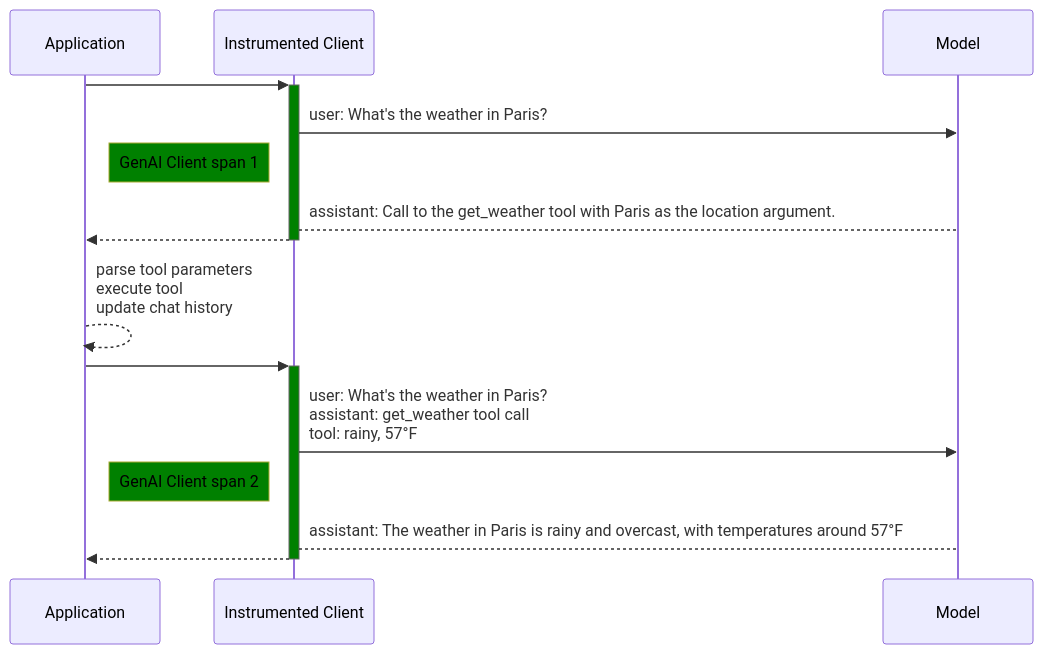
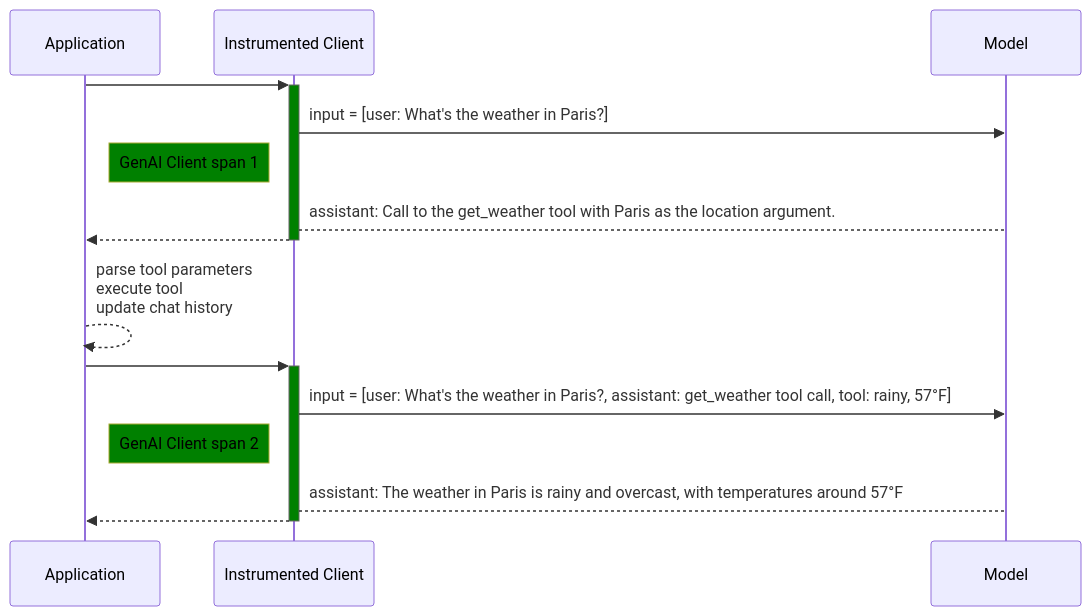
One commit to open-telemetry/semantic-conventions changed the second of 4 diagrams in docs/gen-ai/non-normative/examples-llm-calls.md. Above: the diagram before and after it, drawn with Mermaid. The commit also changed other lines of this file, not shown here.

````diff
--- a/docs/gen-ai/non-normative/examples-llm-calls.md
+++ b/docs/gen-ai/non-normative/examples-llm-calls.md
@@ -206,23 +207,23 @@
 ```mermaid
 %%{init:
 {
   "sequence": { "messageAlign": "left", "htmlLabels":true },
   "themeVariables": { "noteBkgColor" : "green", "noteTextColor": "black", "activationBkgColor": "green", "htmlLabels":true }
 }
 }%%
 sequenceDiagram
     participant A as Application
     participant I as Instrumented Client
     participant M as Model
     A->>+I: #U+200D
-    I->>M: user: What's the weather in Paris?
+    I->>M: input = [user: What's the weather in Paris?]
     Note left of I: GenAI Client span 1
     I-->M: assistant: Call to the get_weather tool with Paris as the location argument.
     I-->>-A: #U+200D
     A -->> A: parse tool parameters<br/>execute tool<br/>update chat history
     A->>+I: #U+200D
-    I->>M: user: What's the weather in Paris?<br/>assistant: get_weather tool call<br/>tool: rainy, 57°F
+    I->>M: input = [user: What's the weather in Paris?, assistant: get_weather tool call, tool: rainy, 57°F]
     Note left of I: GenAI Client span 2
     I-->M: assistant: The weather in Paris is rainy and overcast, with temperatures around 57°F
     I-->>-A: #U+200D
 ```
````
